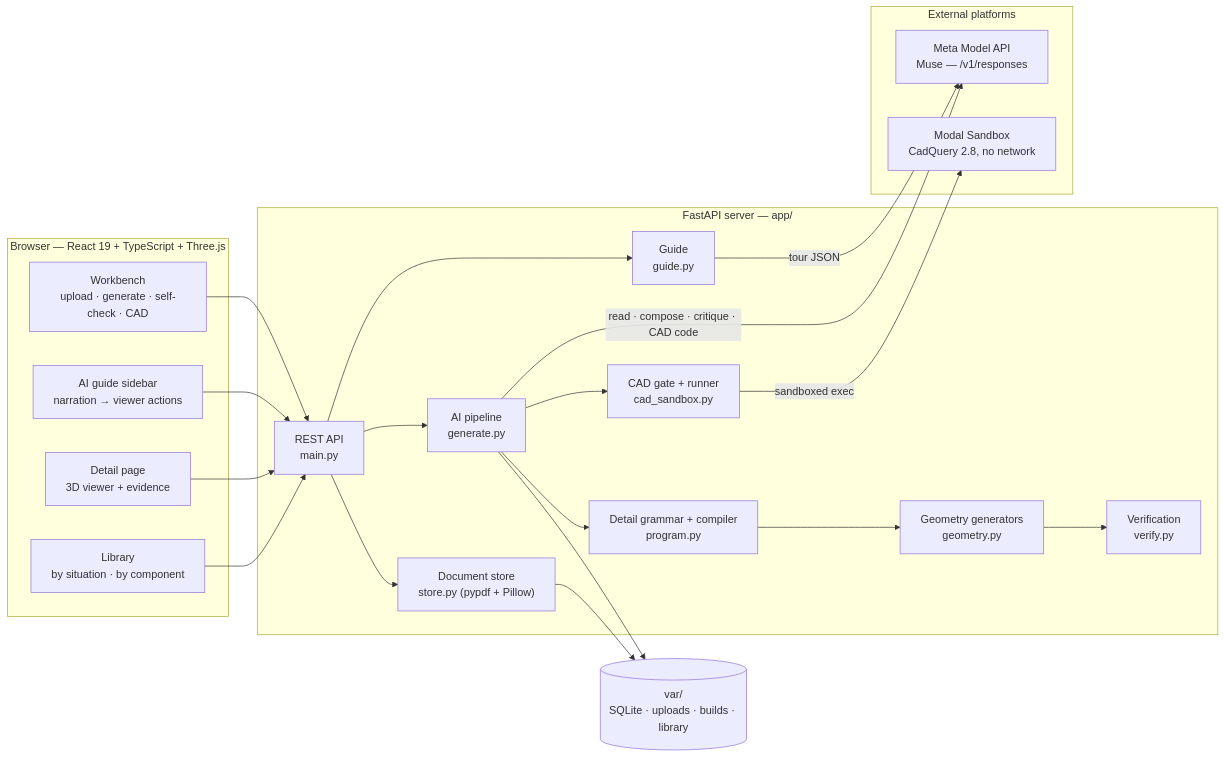
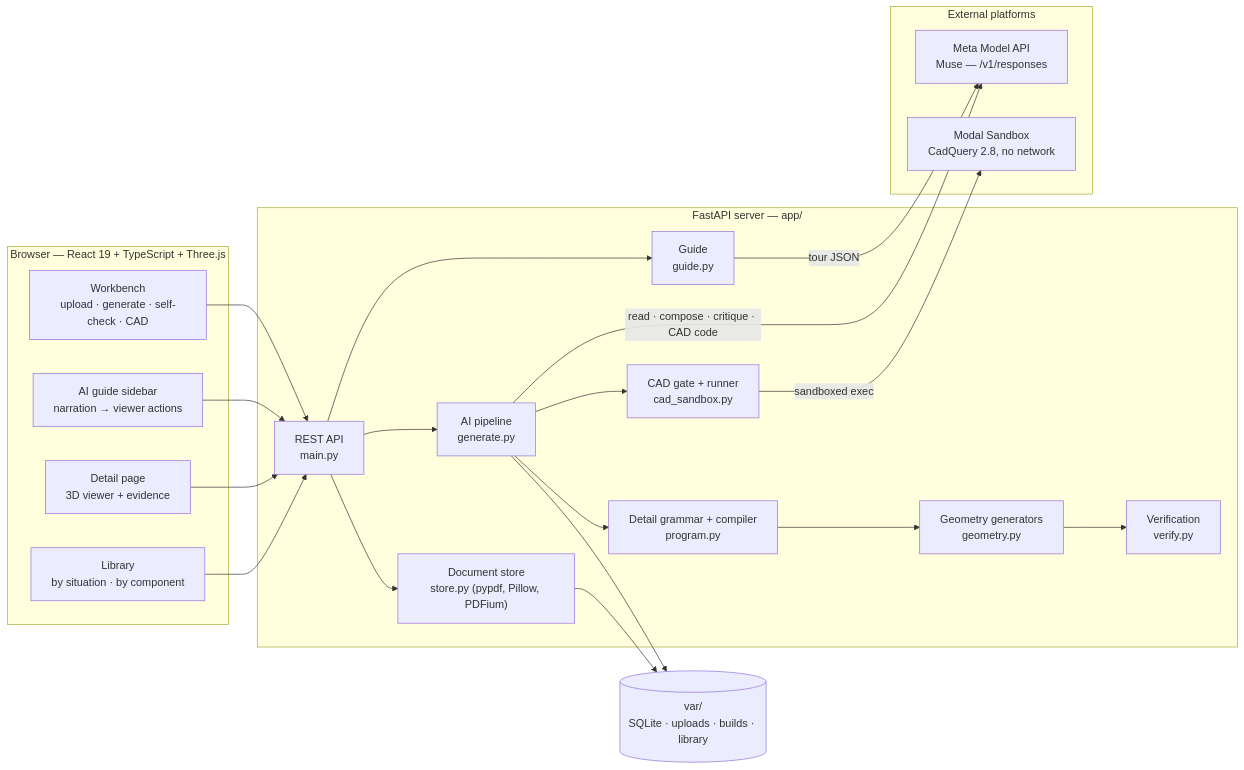
Before and after one commit to pramodthe/setout: the first of 2 diagrams in README.md, drawn with Mermaid. The commit also changed other lines of this file and 10 other files, not shown here.

````diff
--- a/README.md
+++ b/README.md
@@ -105,36 +105,36 @@
 ```mermaid
 flowchart LR
   subgraph Browser["Browser — React 19 + TypeScript + Three.js"]
     LIB["Library<br/>by situation · by component"]
     DV["Detail page<br/>3D viewer + evidence"]
     GUIDE["AI guide sidebar<br/>narration → viewer actions"]
     WB["Workbench<br/>upload · generate · self-check · CAD"]
   end
 
   subgraph Server["FastAPI server — app/"]
     API["REST API<br/>main.py"]
-    STORE["Document store<br/>store.py (pypdf + Pillow)"]
+    STORE["Document store<br/>store.py (pypdf, Pillow, PDFium)"]
     GEN["AI pipeline<br/>generate.py"]
     PROG["Detail grammar + compiler<br/>program.py"]
     GEO["Geometry generators<br/>geometry.py"]
     VER["Verification<br/>verify.py"]
     GD["Guide<br/>guide.py"]
     CAD["CAD gate + runner<br/>cad_sandbox.py"]
   end
 
   subgraph External["External platforms"]
     META["Meta Model API<br/>Muse — /v1/responses"]
     MODAL["Modal Sandbox<br/>CadQuery 2.8, no network"]
   end
 
   DB[("var/<br/>SQLite · uploads · builds · library")]
 
   LIB & DV & GUIDE & WB --> API
   API --> STORE --> DB
   API --> GEN --> PROG --> GEO --> VER
   GEN -- "read · compose · critique · CAD code" --> META
   GD -- "tour JSON" --> META
   API --> GD
   GEN --> CAD -- "sandboxed exec" --> MODAL
   GEN --> DB
 ```
````
